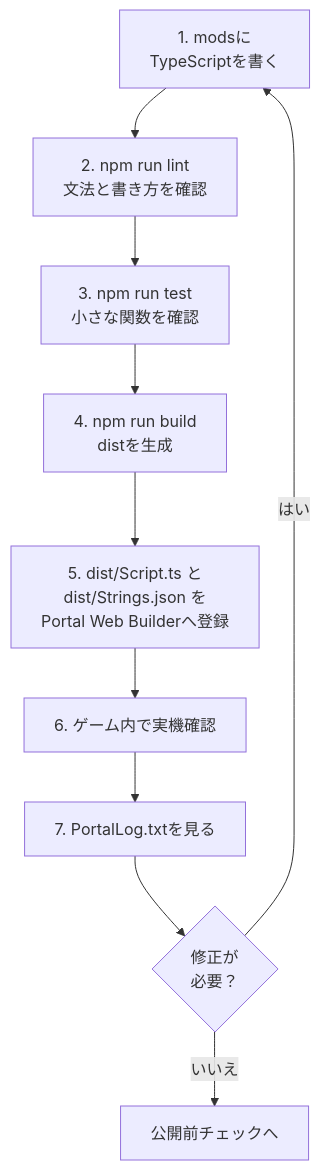
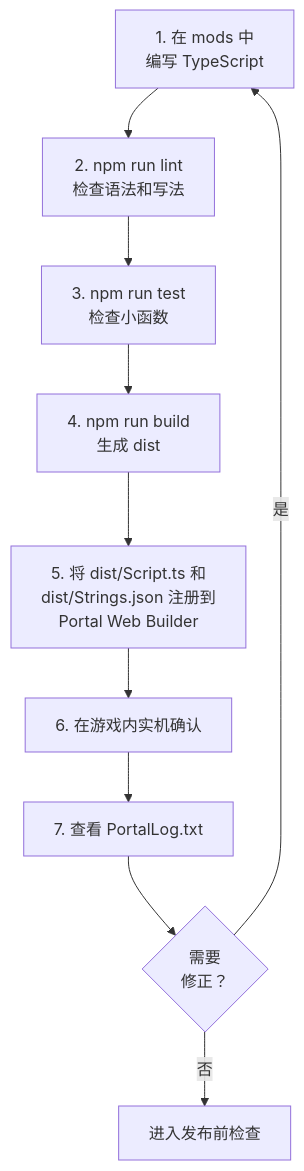
Before and after one commit to link1345/bf-portal-book: the diagram in content/locales/zh-CN/chapters/6b-development.md, drawn with Mermaid. The commit also changed other lines of this file and 2 other files, not shown here.

````diff
--- a/content/locales/zh-CN/chapters/6b-development.md
+++ b/content/locales/zh-CN/chapters/6b-development.md
@@ -107,15 +107,15 @@
 ```mermaid
 flowchart TD
-  mods["1. modsに<br/>TypeScriptを書く"]
-  lint["2. npm run lint<br/>文法と書き方を確認"]
-  test["3. npm run test<br/>小さな関数を確認"]
-  build["4. npm run build<br/>distを生成"]
-  portal["5. dist/Script.ts と<br/>dist/Strings.json を<br/>Portal Web Builderへ登録"]
-  play["6. ゲーム内で実機確認"]
-  log["7. PortalLog.txtを見る"]
-  ok{"修正が<br/>必要？"}
+  mods["1. 在 mods 中<br/>编写 TypeScript"]
+  lint["2. npm run lint<br/>检查语法和写法"]
+  test["3. npm run test<br/>检查小函数"]
+  build["4. npm run build<br/>生成 dist"]
+  portal["5. 将 dist/Script.ts 和<br/>dist/Strings.json 注册到<br/>Portal Web Builder"]
+  play["6. 在游戏内实机确认"]
+  log["7. 查看 PortalLog.txt"]
+  ok{"需要<br/>修正？"}
 
   mods --> lint --> test --> build --> portal --> play --> log --> ok
-  ok -- "はい" --> mods
-  ok -- "いいえ" --> done["公開前チェックへ"]
+  ok -- "是" --> mods
+  ok -- "否" --> done["进入发布前检查"]
 ```
````
